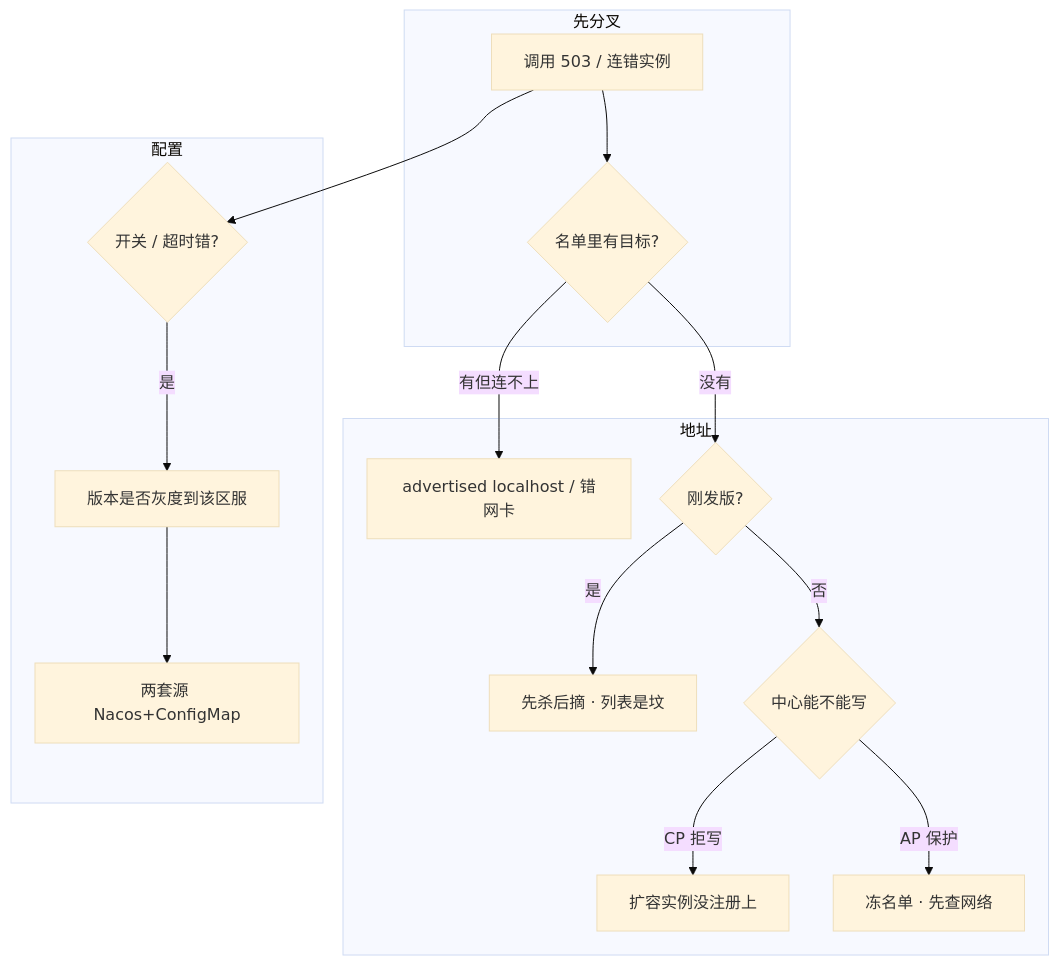
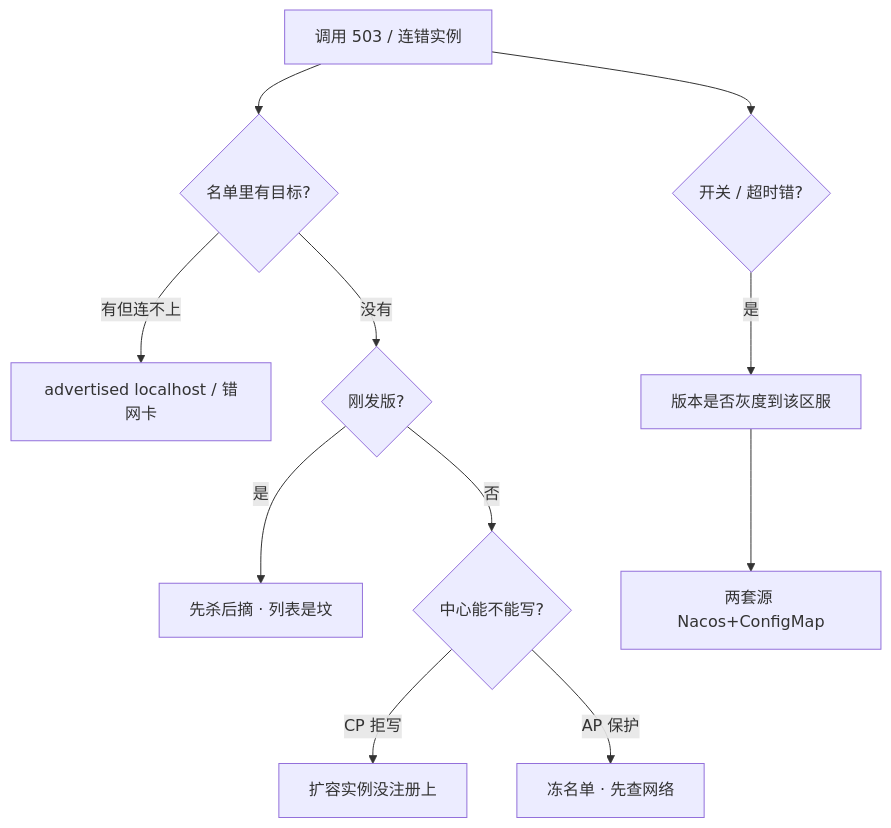
The sixth of 6 diagrams in 02-中间件与数据库/08-注册中心与配置中心/知识点.md (ml-cuizijun/LearnToLilith), drawn with Mermaid before and after one commit. The commit also changed other lines of this file and 178 other files, not shown here.

````diff
--- a/02-中间件与数据库/08-注册中心与配置中心/知识点.md
+++ b/02-中间件与数据库/08-注册中心与配置中心/知识点.md
@@ -575,26 +431,13 @@
 ```mermaid
-%%{init: {"flowchart": {"padding": 16, "nodeSpacing": 28, "rankSpacing": 48}, "theme": "base"}}%%
 flowchart TB
-    subgraph gate ["先分叉"]
-        A[调用 503 / 连错实例] --> B{名单里有目标?}
-    end
-
-    subgraph addr ["地址"]
-        B -->|有但连不上| C[advertised localhost / 错网卡]
-        B -->|没有| D{刚发版?}
-        D -->|是| E[先杀后摘 · 列表是坟]
-        D -->|否| F{中心能不能写}
-        F -->|CP 拒写| G[扩容实例没注册上]
-        F -->|AP 保护| H[冻名单 · 先查网络]
-    end
-
-    subgraph cfg ["配置"]
-        A --> I{开关 / 超时错?}
-        I -->|是| J[版本是否灰度到该区服]
-        J --> K[两套源 Nacos+ConfigMap]
-    end
-
-    class E,C bad
-    class H,G ok
-
+    A[调用 503 / 连错实例] --> B{名单里有目标?}
+    B -->|有但连不上| C[advertised localhost / 错网卡]
+    B -->|没有| D{刚发版?}
+    D -->|是| E[先杀后摘 · 列表是坟]
+    D -->|否| F{中心能不能写?}
+    F -->|CP 拒写| G[扩容实例没注册上]
+    F -->|AP 保护| H[冻名单 · 先查网络]
+    A --> I{开关 / 超时错?}
+    I -->|是| J[版本是否灰度到该区服]
+    J --> K[两套源 Nacos+ConfigMap]
 ```
````
